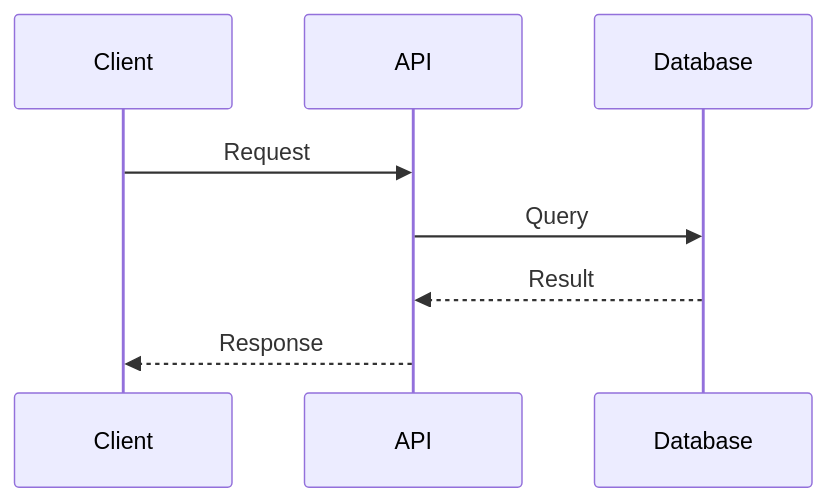
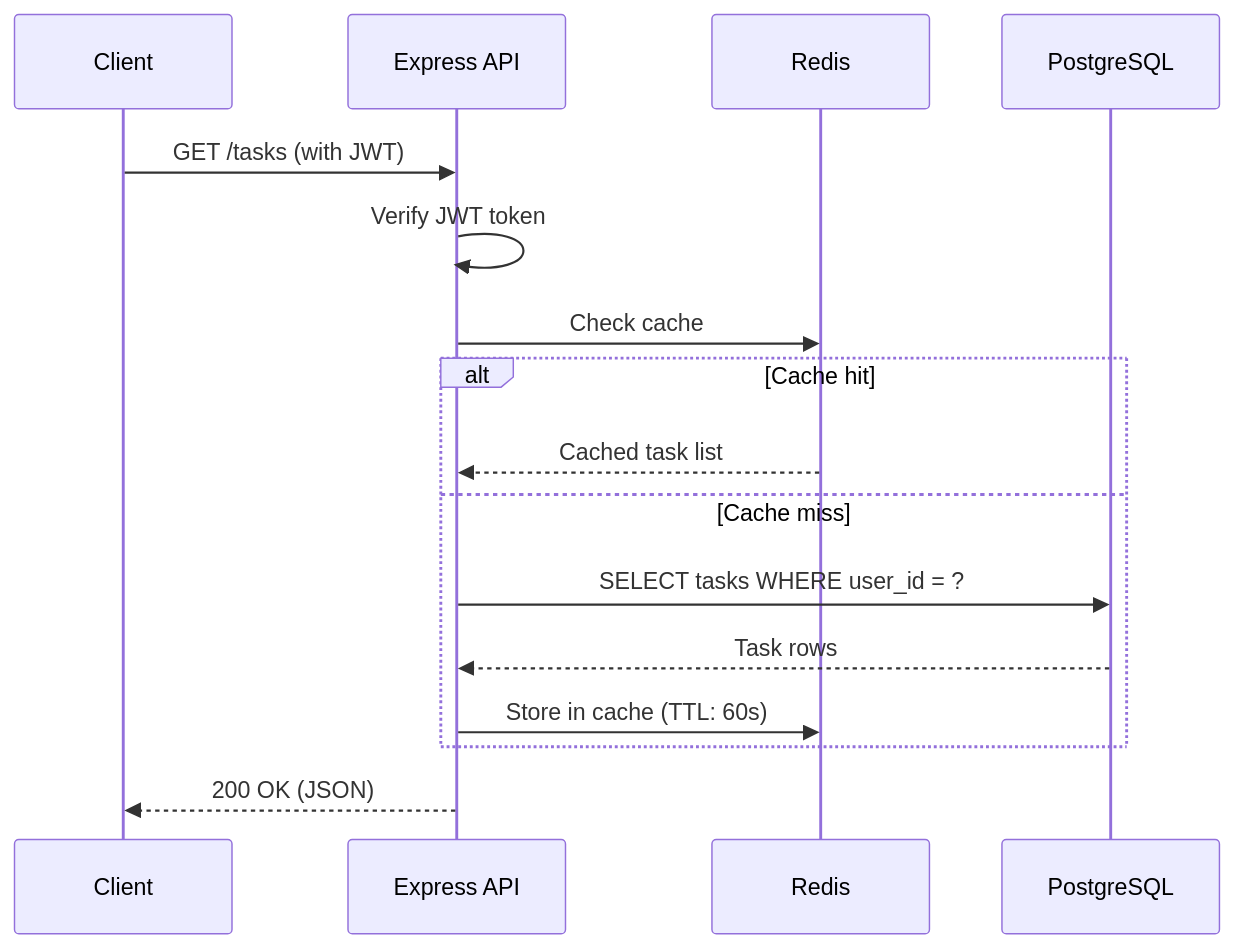
The second of 2 diagrams in docs/ARCHITECTURE.md (vbonk/repo-template-example), drawn with Mermaid before and after one commit. The commit also changed other lines of this file and 20 other files, not shown here.

First line of the commit message:
chore: initialize task-api from repo-template

````diff
--- a/docs/ARCHITECTURE.md
+++ b/docs/ARCHITECTURE.md
@@ -28,10 +32,19 @@
 ```mermaid
 sequenceDiagram
     participant C as Client
-    participant A as API
-    participant D as Database
-    C->>A: Request
-    A->>D: Query
-    D-->>A: Result
-    A-->>C: Response
+    participant A as Express API
+    participant R as Redis
+    participant D as PostgreSQL
+
+    C->>A: GET /tasks (with JWT)
+    A->>A: Verify JWT token
+    A->>R: Check cache
+    alt Cache hit
+        R-->>A: Cached task list
+    else Cache miss
+        A->>D: SELECT tasks WHERE user_id = ?
+        D-->>A: Task rows
+        A->>R: Store in cache (TTL: 60s)
+    end
+    A-->>C: 200 OK (JSON)
 ```
````
